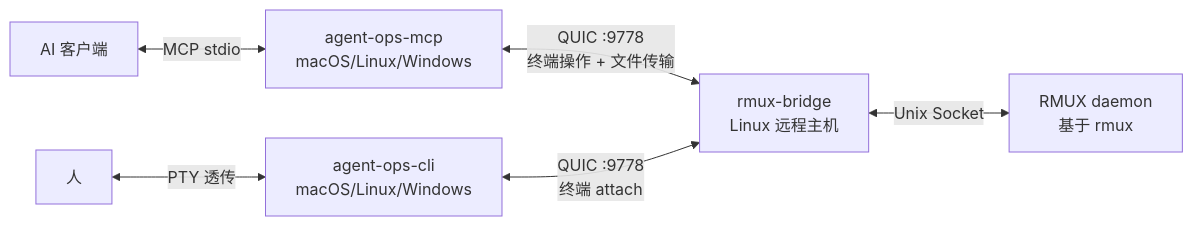
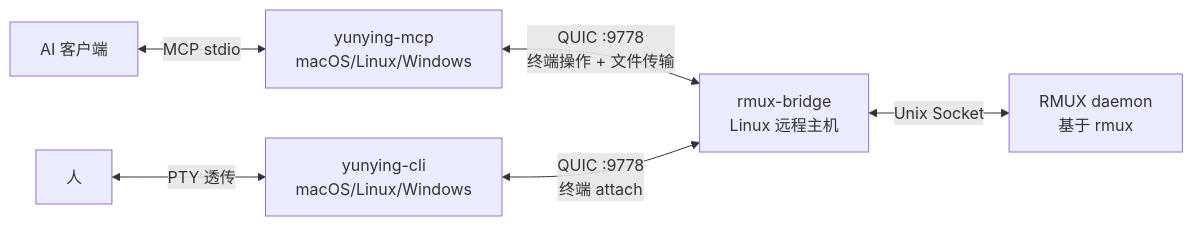
One commit to tddh/clum changed the diagram in README.zh.md. Above: the diagram before and after it, drawn with Mermaid. The commit also changed other lines of this file and 104 other files, not shown here.

First line of the commit message:
refactor: rename project from agent-ops to yunying

````diff
--- a/README.zh.md
+++ b/README.zh.md
@@ -60,8 +60,8 @@
 ```mermaid
 graph LR
-    A[AI 客户端] <-->|MCP stdio| B[agent-ops-mcp<br/>macOS/Linux/Windows]
-    H[人] <-->|PTY 透传| E[agent-ops-cli<br/>macOS/Linux/Windows]
+    A[AI 客户端] <-->|MCP stdio| B[yunying-mcp<br/>macOS/Linux/Windows]
+    H[人] <-->|PTY 透传| E[yunying-cli<br/>macOS/Linux/Windows]
     B <-->|QUIC :9778<br/>终端操作 + 文件传输| C[rmux-bridge<br/>Linux 远程主机]
     E <-->|QUIC :9778<br/>终端 attach| C
     C <-->|Unix Socket| D[RMUX daemon<br/>基于 rmux]
 ```
````
